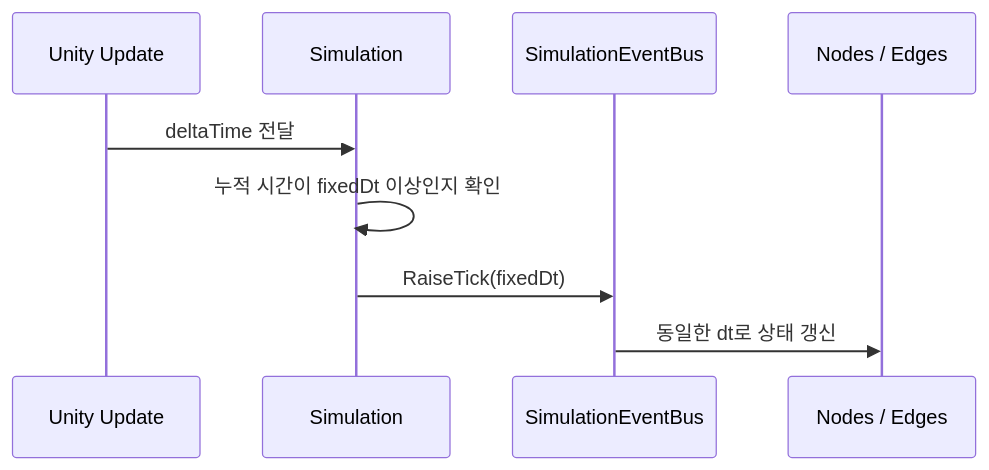
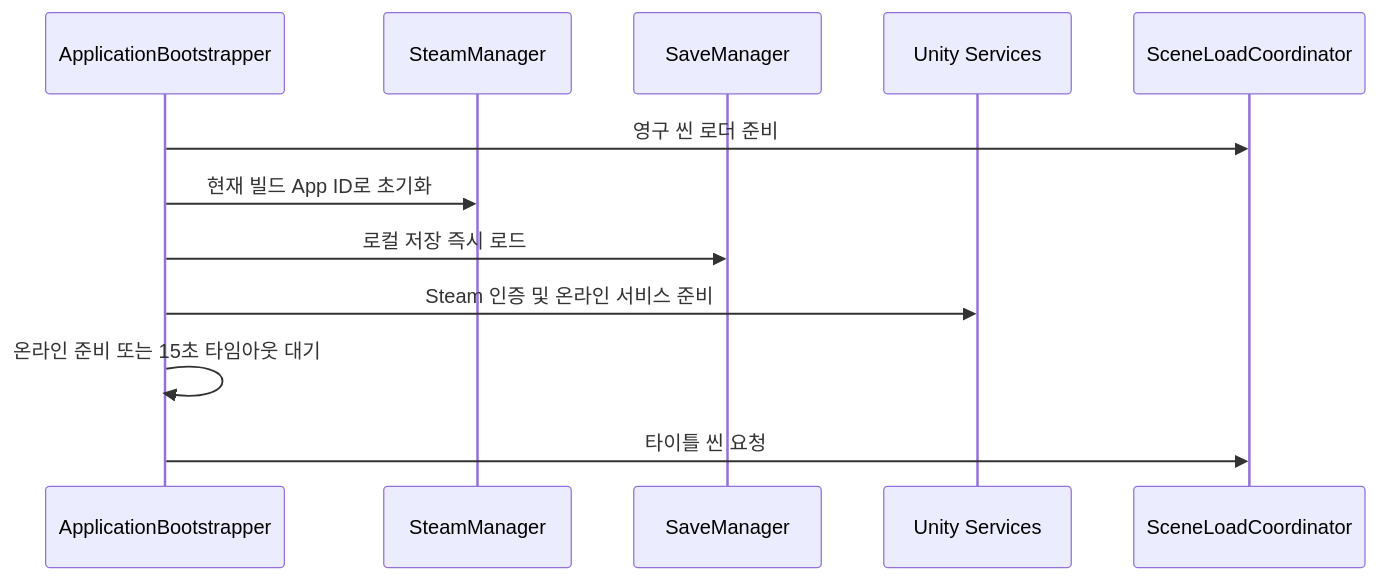
Before and after one commit to parkwonkuku/EndGame-Network-Simulator: the second of 2 diagrams in docs/architecture.md, drawn with Mermaid. The commit also changed other lines of this file and 7 other files, not shown here.

````diff
--- a/docs/architecture.md
+++ b/docs/architecture.md
@@ -54,12 +75,15 @@
 ```mermaid
 sequenceDiagram
-    participant U as Unity Update
-    participant S as Simulation
-    participant B as SimulationEventBus
-    participant N as Nodes / Edges
+    participant A as ApplicationBootstrapper
+    participant S as SteamManager
+    participant L as SaveManager
+    participant U as Unity Services
+    participant C as SceneLoadCoordinator
 
-    U->>S: deltaTime 전달
-    S->>S: 누적 시간이 fixedDt 이상인지 확인
-    S->>B: RaiseTick(fixedDt)
-    B->>N: 동일한 dt로 상태 갱신
+    A->>C: 영구 씬 로더 준비
+    A->>S: 현재 빌드 App ID로 초기화
+    A->>L: 로컬 저장 즉시 로드
+    A->>U: Steam 인증 및 온라인 서비스 준비
+    A->>A: 온라인 준비 또는 15초 타임아웃 대기
+    A->>C: 타이틀 씬 요청
 ```
````
